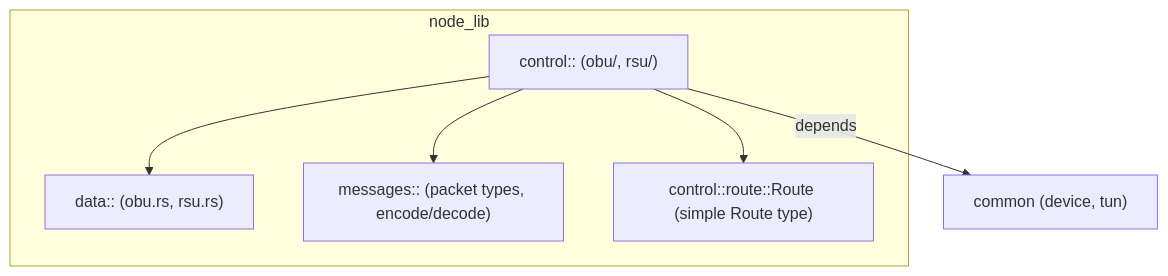
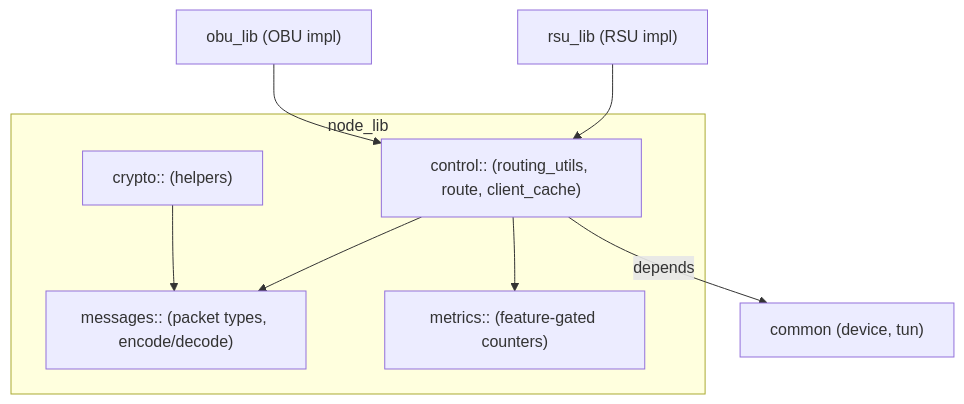
Before and after one commit to GomesGoncalo/vigilant-parakeet: the first of 2 diagrams in node_lib/ARCHITECTURE.md, drawn with Mermaid. The commit also changed other lines of this file and 10 other files, not shown here.

````diff
--- a/node_lib/ARCHITECTURE.md
+++ b/node_lib/ARCHITECTURE.md
@@ -9,14 +10,16 @@
 ```mermaid
 flowchart TB
   subgraph node_lib
-    CL["control:: (obu/, rsu/)"]
-    DA["data:: (obu.rs, rsu.rs)"]
     MS["messages:: (packet types, encode/decode)"]
-    RT["control::route::Route (simple Route type)"]
+    CR["crypto:: (helpers)"]
+    MET["metrics:: (feature-gated counters)"]
+    CU["control:: (routing_utils, route, client_cache)"]
   end
 
-  CL --> MS
-  CL --> DA
-  CL --> RT
-  CL -->|depends| Common["common (device, tun)"]
+  CU --> MS
+  CU --> MET
+  CR --> MS
+  CU -->|depends| Common["common (device, tun)"]
+  ObuLib["obu_lib (OBU impl)"] --> CU
+  RsuLib["rsu_lib (RSU impl)"] --> CU
 ```
````
